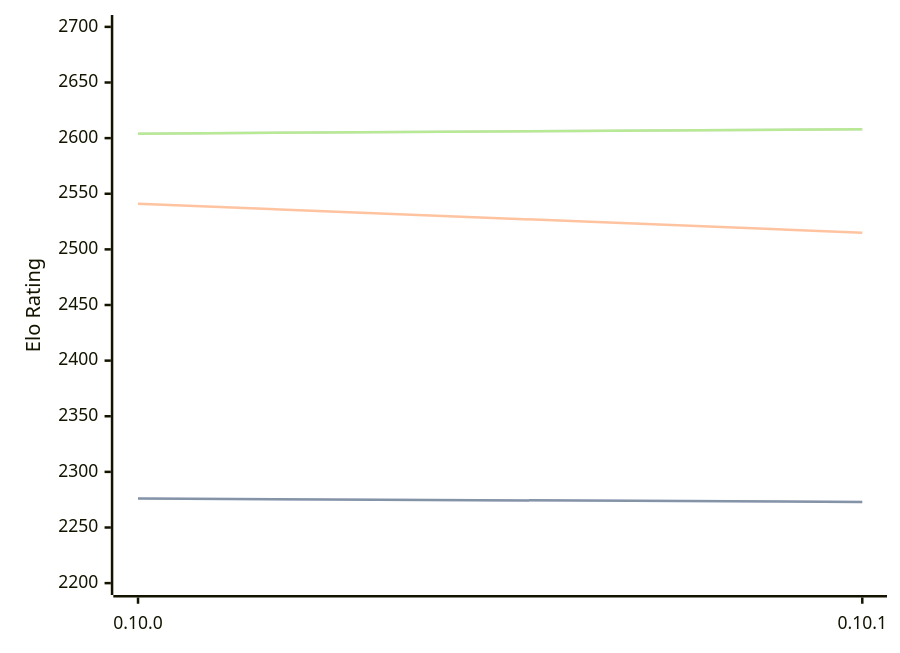
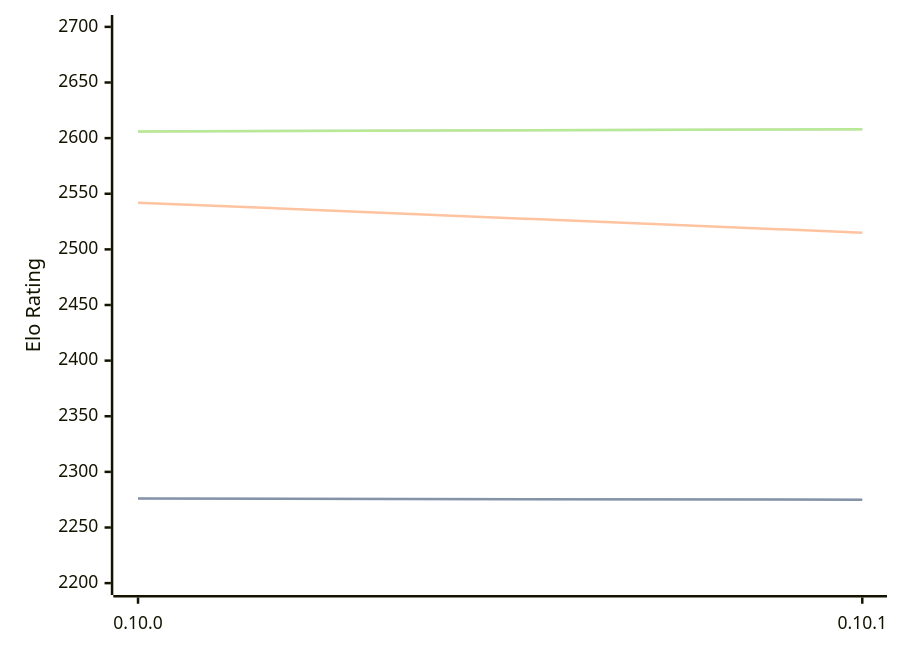
The diagram in engines/Fatalii.md (computer-chess-index/cci), drawn with Mermaid before and after one commit. The commit also changed other lines of this file, not shown here.

Commit message:
Update CCI Ratings (ELO VLTC) - 2026-09-07

````diff
--- a/engines/Fatalii.md
+++ b/engines/Fatalii.md
@@ -32,11 +32,11 @@
 ```mermaid
 %%{init: {"theme":"base","themeVariables":{"seriesColors:['#a3a3a3','#222221','#faa371']}}}%%
 xychart-beta
   x-axis ["0.10.0", "0.10.1"]
   y-axis "Elo Rating" 2200 --> 2700
-  line "" [2276, 2273]
-  line "STC (8.0+0.08s)" [2276, 2273]
-  line "LTC (60.0+0.60s)" [2541, 2515]
-  line "" [2604, 2608]
-  line "VLTC (2m24s+1.12s)" [2604, 2608]
+  line "" [2276, 2275]
+  line "STC (8.0+0.08s)" [2276, 2275]
+  line "LTC (60.0+0.60s)" [2542, 2515]
+  line "" [2606, 2608]
+  line "VLTC (2m24s+1.12s)" [2606, 2608]
 ```
````
